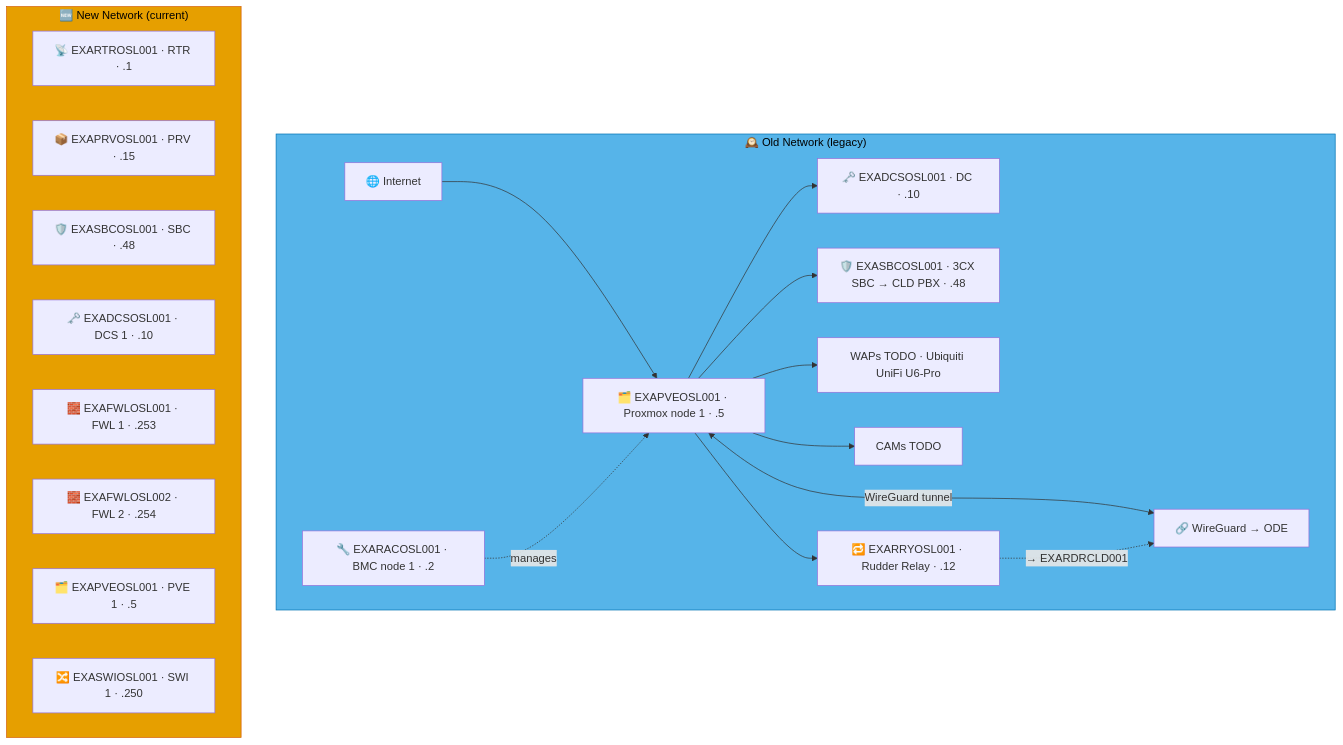
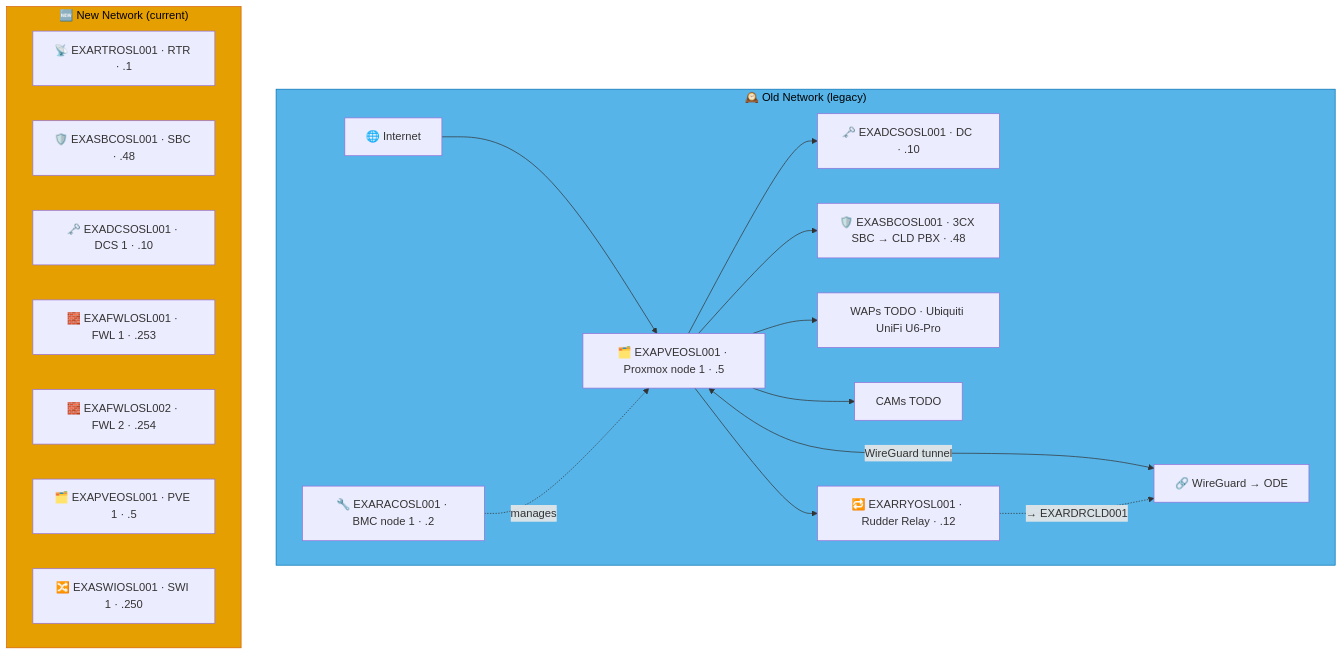
Before and after one commit to knightmare2600/example_music_infra: the diagram in docs/network-diagram/norge.md, drawn with Mermaid. The commit also changed 55 other files, not shown here.

````diff
--- a/docs/network-diagram/norge.md
+++ b/docs/network-diagram/norge.md
@@ -16,36 +16,35 @@
 ```mermaid
 graph TD
     subgraph OLD_OSL ["🕰️ Old Network (legacy)"]
       INET["🌐 Internet"]
       RAC["🔧 EXARACOSL001 · BMC node 1 · .2"]
       PVE["🗂️ EXAPVEOSL001 · Proxmox node 1 · .5"]
       DC["🗝️ EXADCSOSL001 · DC · .10"]
       SBC["🛡️ EXASBCOSL001 · 3CX SBC → CLD PBX · .48"]
       RRY["🔁 EXARRYOSL001 · Rudder Relay · .12"]
       WAP["WAPs TODO · Ubiquiti UniFi U6-Pro"]
       CAM["CAMs TODO"]
       VPN["🔗 WireGuard → ODE"]
 
       INET --> PVE --> DC & SBC
       RAC -.->|"manages"| PVE
       PVE --> WAP & CAM
       PVE <-->|"WireGuard tunnel"| VPN
 
       PVE --> RRY
       RRY -. "→ EXARDRCLD001" .-> VPN
     end
     style OLD_OSL fill:#56B4E9,stroke:#0072B2,color:#000000
     %% GENERATED:NEW-NETWORK:OSL:START
     subgraph NEW_OSL ["🆕 New Network (current)"]
       N_RTR["📡 EXARTROSL001 · RTR · .1"]
-      N_PRV["📦 EXAPRVOSL001 · PRV · .15"]
       N_SBC["🛡️ EXASBCOSL001 · SBC · .48"]
       N_DCS["🗝️ EXADCSOSL001 · DCS 1 · .10"]
       N_FWL["🧱 EXAFWLOSL001 · FWL 1 · .253"]
       N_FWL2["🧱 EXAFWLOSL002 · FWL 2 · .254"]
       N_PVE["🗂️ EXAPVEOSL001 · PVE 1 · .5"]
       N_SWI["🔀 EXASWIOSL001 · SWI 1 · .250"]
     end
     style NEW_OSL fill:#E69F00,stroke:#D55E00,color:#000000
     %% GENERATED:NEW-NETWORK:OSL:END
 ```
````
